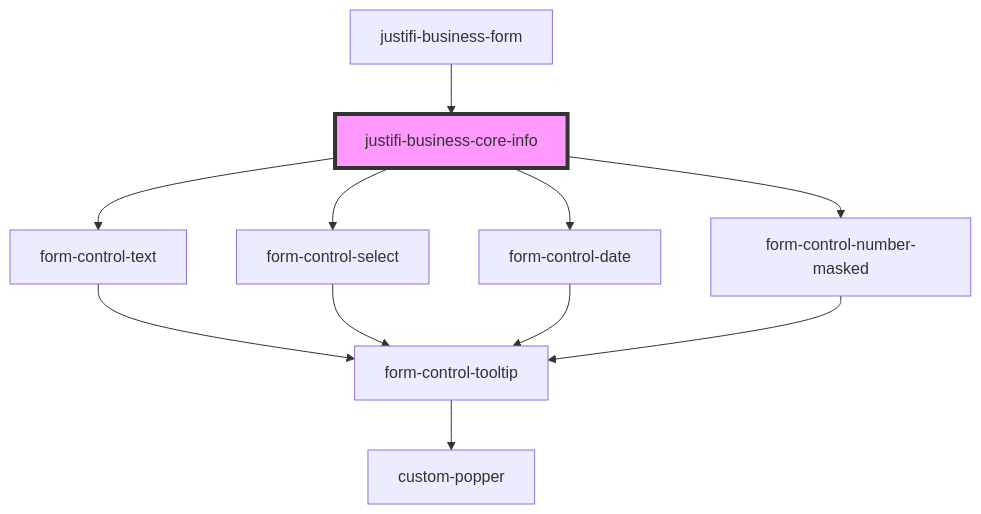
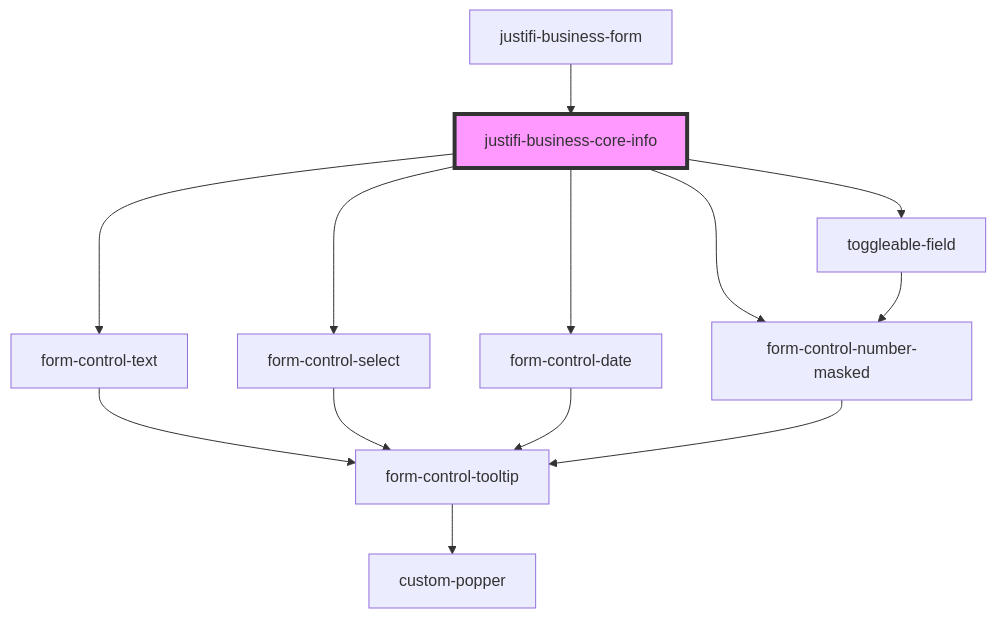
The diagram in packages/webcomponents/src/components/business-forms/business-form/business-core-info/readme.md (justifi-tech/web-component-library), drawn with Mermaid before and after one commit. The commit also changed other lines of this file and 21 other files, not shown here.

````diff
--- a/packages/webcomponents/src/components/business-forms/business-form/business-core-info/readme.md
+++ b/packages/webcomponents/src/components/business-forms/business-form/business-core-info/readme.md
@@ -36,14 +37,16 @@
 ```mermaid
 graph TD;
   justifi-business-core-info --> form-control-text
   justifi-business-core-info --> form-control-select
   justifi-business-core-info --> form-control-date
+  justifi-business-core-info --> toggleable-field
   justifi-business-core-info --> form-control-number-masked
   form-control-text --> form-control-tooltip
   form-control-tooltip --> custom-popper
   form-control-select --> form-control-tooltip
   form-control-date --> form-control-tooltip
+  toggleable-field --> form-control-number-masked
   form-control-number-masked --> form-control-tooltip
   justifi-business-form --> justifi-business-core-info
   style justifi-business-core-info fill:#f9f,stroke:#333,stroke-width:4px
 ```
````
